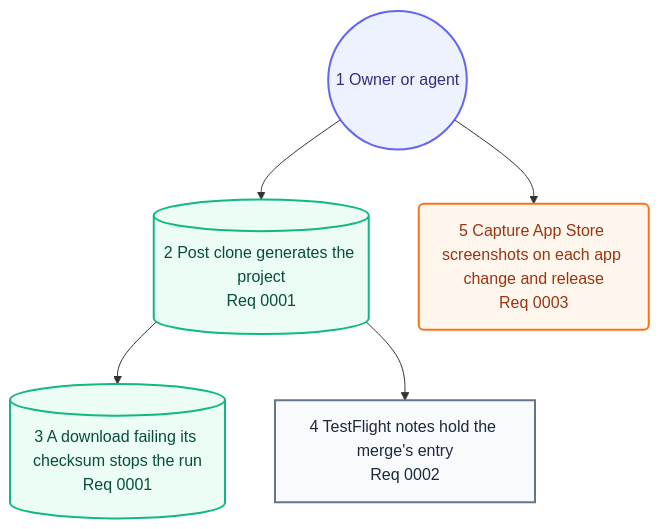
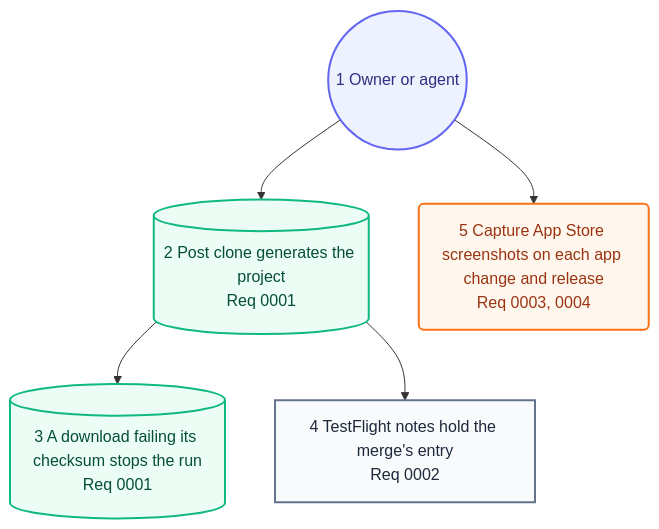
The second of 2 diagrams in docs/architecture/05-user-journey.md (may-journal/xcode-tooling), drawn with Mermaid before and after one commit. The commit also changed 8 other files, not shown here.

````diff
--- a/docs/architecture/05-user-journey.md
+++ b/docs/architecture/05-user-journey.md
@@ -32,18 +32,18 @@
 ```mermaid
 flowchart TB
     owner((1 Owner or agent)):::persona
     clone[(2 Post clone generates the project<br/>Req 0001)]:::system
     mismatch[(3 A download failing its checksum stops the run<br/>Req 0001)]:::system
     notes[4 TestFlight notes hold the merge's entry<br/>Req 0002]:::screen
-    shots(5 Capture App Store screenshots on each app change and release<br/>Req 0003):::action
+    shots(5 Capture App Store screenshots on each app change and release<br/>Req 0003, 0004):::action
 
     owner --> clone
     clone --> mismatch
     clone --> notes
     owner --> shots
 
     classDef persona fill:#eef2ff,stroke:#6366f1,color:#312e81,stroke-width:2px
     classDef screen fill:#f8fafc,stroke:#64748b,color:#1e293b,stroke-width:2px
     classDef action fill:#fff7ed,stroke:#f97316,color:#9a3412,stroke-width:2px
     classDef system fill:#ecfdf5,stroke:#10b981,color:#064e3b,stroke-width:2px
 ```
````
